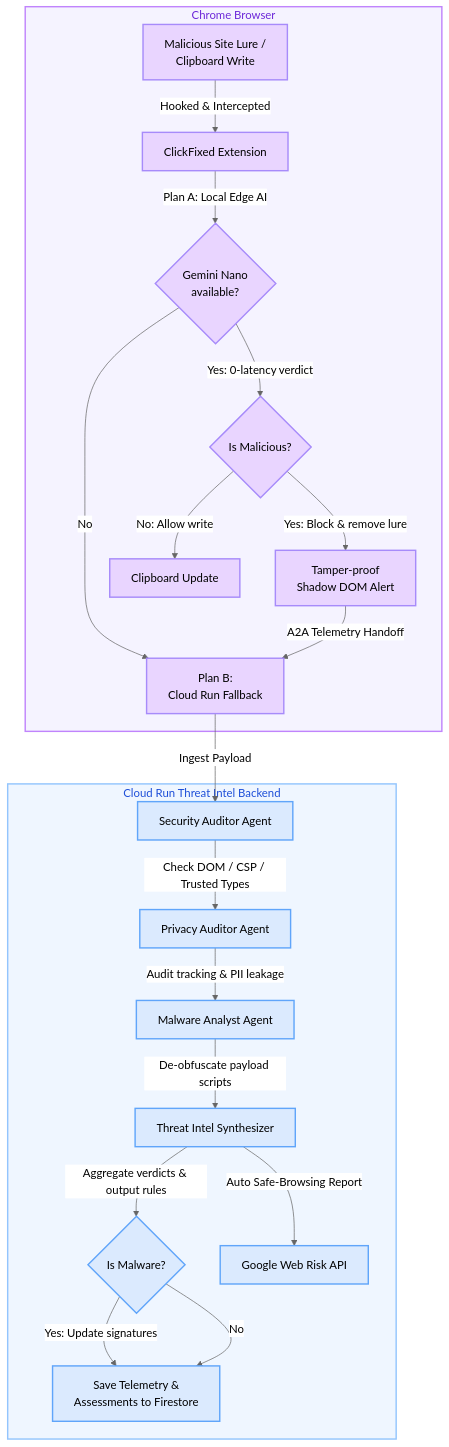
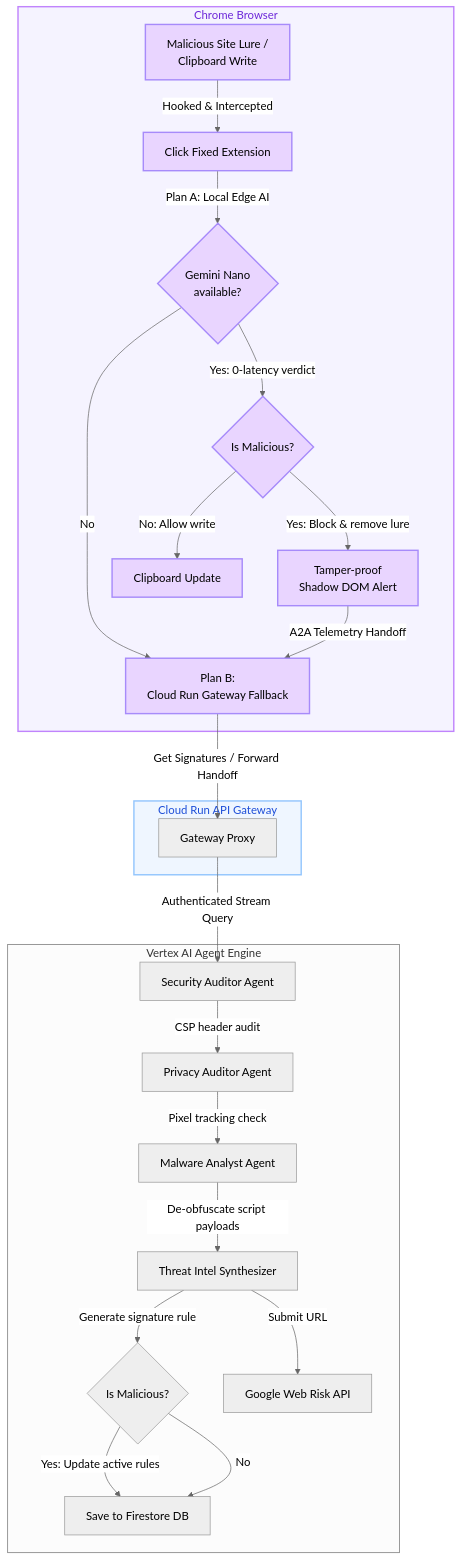
The first of 2 diagrams in README.md (Marontis/clickfixed), drawn with Mermaid (neutral theme) before and after one commit. The commit also changed other lines of this file and 4 other files, not shown here.

````diff
--- a/README.md
+++ b/README.md
@@ -25,30 +11,33 @@
 ```mermaid
 graph TD
     subgraph Browser [Chrome Browser]
-        A["Malicious Site Lure / \n Clipboard Write"] -->|Hooked & Intercepted| B["ClickFixed Extension"]
+        A["Malicious Site Lure / \n Clipboard Write"] -->|Hooked & Intercepted| B["Click Fixed Extension"]
         B -->|Plan A: Local Edge AI| C{"Gemini Nano \n available?"}
         C -->|Yes: 0-latency verdict| D{"Is Malicious?"}
-        C -->|No| E["Plan B: \n Cloud Run Fallback"]
+        C -->|No| E["Plan B: \n Cloud Run Gateway Fallback"]
         D -->|Yes: Block & remove lure| F["Tamper-proof \n Shadow DOM Alert"]
         D -->|No: Allow write| G["Clipboard Update"]
         F -->|A2A Telemetry Handoff| E
     end
 
-    subgraph CloudRun [Cloud Run Threat Intel Backend]
-        E -->|Ingest Payload| H["Security Auditor Agent"]
-        H -->|Check DOM / CSP / Trusted Types| I["Privacy Auditor Agent"]
-        I -->|Audit tracking & PII leakage| J["Malware Analyst Agent"]
-        J -->|De-obfuscate payload scripts| K["Threat Intel Synthesizer"]
-        K -->|Aggregate verdicts & output rules| L{"Is Malware?"}
-        L -->|Yes: Update signatures| M["Save Telemetry & \n Assessments to Firestore"]
-        L -->|No| M
-        K -->|Auto Safe-Browsing Report| N["Google Web Risk API"]
+    subgraph CloudRun [Cloud Run API Gateway]
+        E -->|Get Signatures / Forward Handoff| H["Gateway Proxy"]
+    end
+
+    subgraph AgentPlatform [Vertex AI Agent Engine]
+        H -->|Authenticated Stream Query| I["Security Auditor Agent"]
+        I -->|CSP header audit| J["Privacy Auditor Agent"]
+        J -->|Pixel tracking check| K["Malware Analyst Agent"]
+        K -->|De-obfuscate script payloads| L["Threat Intel Synthesizer"]
+        L -->|Generate signature rule| M{"Is Malicious?"}
+        M -->|Yes: Update active rules| N["Save to Firestore DB"]
+        M -->|No| N
+        L -->|Submit URL| O["Google Web Risk API"]
     end
 
     style Browser fill:#f5f3ff,stroke:#c084fc,stroke-width:2px,color:#6d28d9
     style CloudRun fill:#eff6ff,stroke:#93c5fd,stroke-width:2px,color:#1d4ed8
     classDef edgeAI fill:#e9d5ff,stroke:#a78bfa,stroke-width:2px;
     classDef cloud fill:#dbeafe,stroke:#60a5fa,stroke-width:2px;
     class A,B,C,D,E,F,G edgeAI
-    class H,I,J,K,L,M,N cloud
 ```
````
